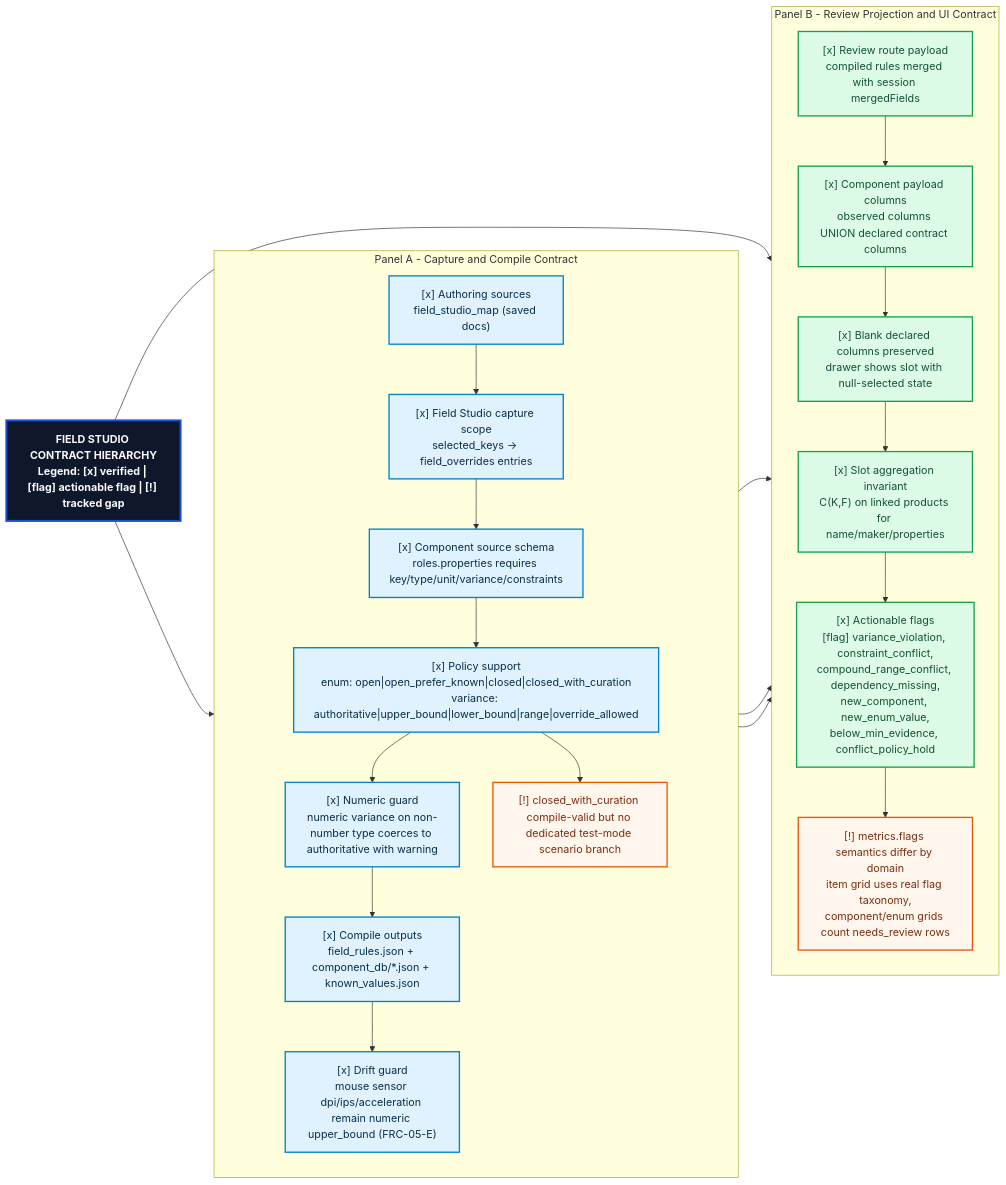
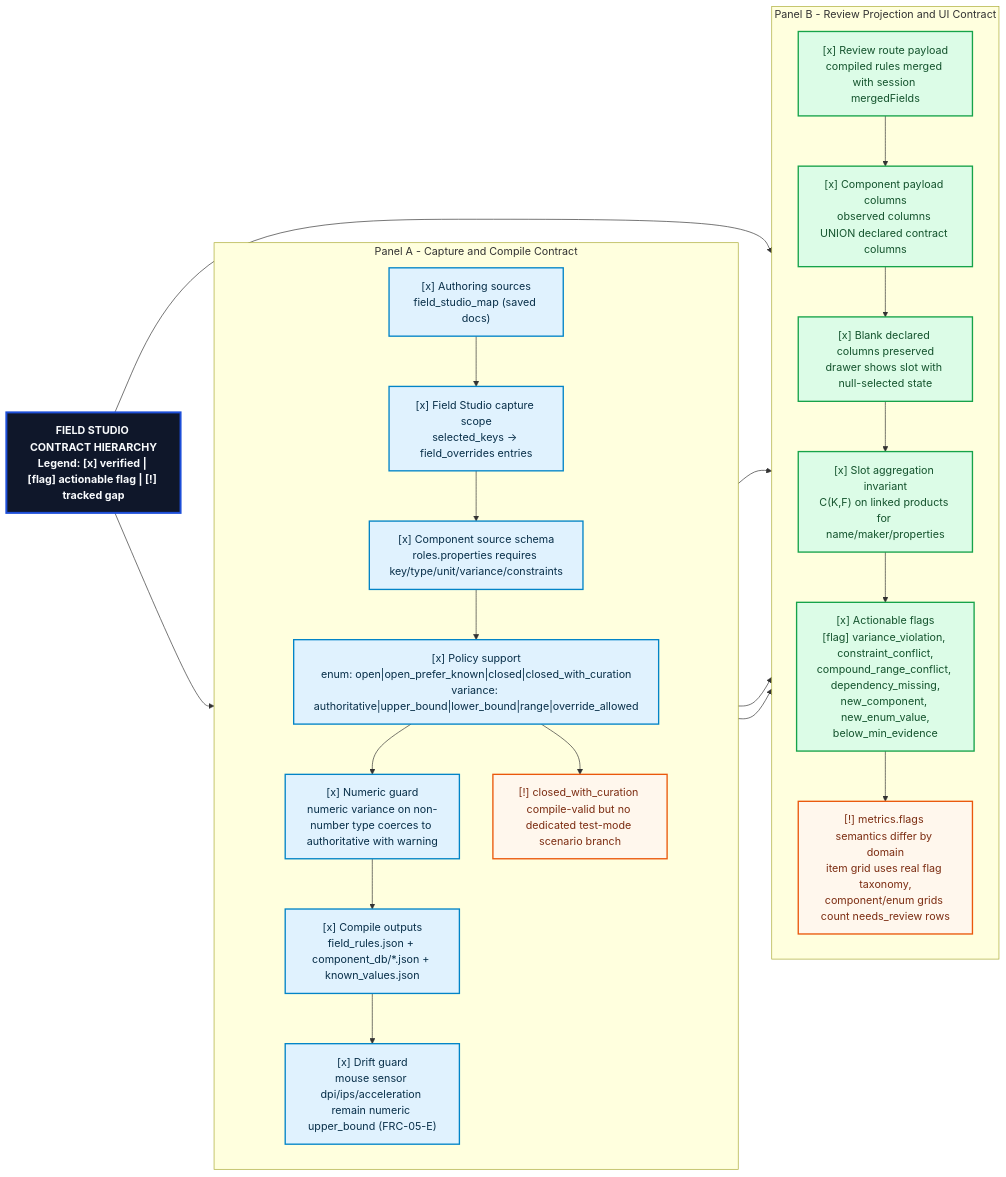
One commit to CdubVentures/Spec-Factory changed the diagram in docs/implementation/field-rules-studio/contracts/field-studio-contract.mmd. Above: the diagram before and after it, drawn with Mermaid. The commit also changed 160 other files, not shown here.

```diff
--- a/docs/implementation/field-rules-studio/contracts/field-studio-contract.mmd
+++ b/docs/implementation/field-rules-studio/contracts/field-studio-contract.mmd
@@ -1,43 +1,43 @@
 flowchart LR
   ROOT["FIELD STUDIO CONTRACT HIERARCHY<br/>Legend: [x] verified | [flag] actionable flag | [!] tracked gap"]
 
   subgraph LEFT["Panel A - Capture and Compile Contract"]
     direction TB
     L0["[x] Authoring sources<br/>field_studio_map (saved docs)"]
     L1["[x] Field Studio capture scope<br/>selected_keys -> field_overrides entries"]
     L2["[x] Component source schema<br/>roles.properties requires key/type/unit/variance/constraints"]
     L3["[x] Policy support<br/>enum: open|open_prefer_known|closed|closed_with_curation<br/>variance: authoritative|upper_bound|lower_bound|range|override_allowed"]
     L4["[x] Numeric guard<br/>numeric variance on non-number type coerces to authoritative with warning"]
     L5["[x] Compile outputs<br/>field_rules.json + component_db/*.json + known_values.json"]
     L6["[x] Drift guard<br/>mouse sensor dpi/ips/acceleration remain numeric upper_bound (FRC-05-E)"]
     L7["[!] closed_with_curation compile-valid but no dedicated test-mode scenario branch"]
     L0 --> L1 --> L2 --> L3 --> L4 --> L5 --> L6
     L3 --> L7
   end
 
   subgraph RIGHT["Panel B - Review Projection and UI Contract"]
     direction TB
     R1["[x] Review route payload<br/>compiled rules merged with session mergedFields"]
     R2["[x] Component payload columns<br/>observed columns UNION declared contract columns"]
     R3["[x] Blank declared columns preserved<br/>drawer shows slot with null-selected state"]
     R4["[x] Slot aggregation invariant<br/>C(K,F) on linked products for name/maker/properties"]
-    R5["[x] Actionable flags<br/>[flag] variance_violation, constraint_conflict,<br/>compound_range_conflict, dependency_missing,<br/>new_component, new_enum_value,<br/>below_min_evidence, conflict_policy_hold"]
+    R5["[x] Actionable flags<br/>[flag] variance_violation, constraint_conflict,<br/>compound_range_conflict, dependency_missing,<br/>new_component, new_enum_value,<br/>below_min_evidence"]
     R6["[!] metrics.flags semantics differ by domain<br/>item grid uses real flag taxonomy,<br/>component/enum grids count needs_review rows"]
     R1 --> R2 --> R3 --> R4 --> R5 --> R6
   end
 
   ROOT --> LEFT
   ROOT --> RIGHT
   L5 --> R1
   L2 --> R2
   L3 --> R5
 
   classDef rootStyle fill:#0f172a,stroke:#1d4ed8,stroke-width:3px,color:#f8fafc,font-weight:bold;
   classDef leftStyle fill:#e0f2fe,stroke:#0284c7,stroke-width:2px,color:#082f49;
   classDef rightStyle fill:#dcfce7,stroke:#16a34a,stroke-width:2px,color:#14532d;
   classDef gapStyle fill:#fff7ed,stroke:#ea580c,stroke-width:2px,color:#7c2d12;
 
   class ROOT rootStyle
   class L0,L1,L2,L3,L4,L5,L6 leftStyle
   class R1,R2,R3,R4,R5 rightStyle
   class L7,R6 gapStyle
```
